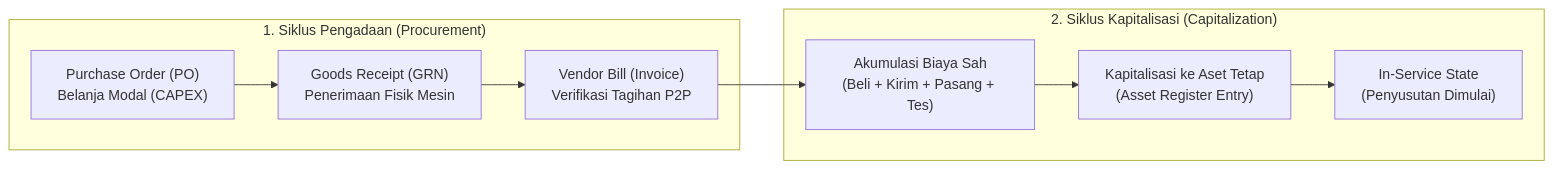
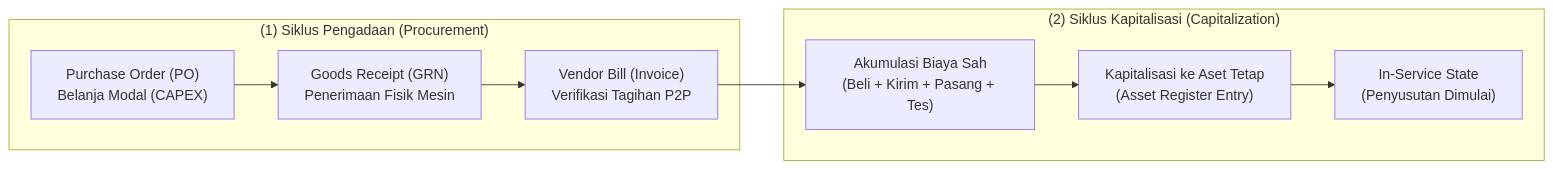
One commit to alimurrofid/erp-notes changed the first of 4 diagrams in content/08-assets/asset-acquisition-and-capitalization.md. Above: the diagram before and after it, drawn with Mermaid. The commit also changed other lines of this file and 132 other files, not shown here.

````diff
--- a/content/08-assets/asset-acquisition-and-capitalization.md
+++ b/content/08-assets/asset-acquisition-and-capitalization.md
@@ -12,12 +12,12 @@
 ```mermaid
 flowchart LR
-    subgraph Phase1["1. Siklus Pengadaan (Procurement)"]
+    subgraph Phase1["(1) Siklus Pengadaan (Procurement)"]
         PO["Purchase Order (PO)<br/>Belanja Modal (CAPEX)"] --> Rec["Goods Receipt (GRN)<br/>Penerimaan Fisik Mesin"]
         Rec --> Inv["Vendor Bill (Invoice)<br/>Verifikasi Tagihan P2P"]
     end
-    subgraph Phase2["2. Siklus Kapitalisasi (Capitalization)"]
+    subgraph Phase2["(2) Siklus Kapitalisasi (Capitalization)"]
         Cost["Akumulasi Biaya Sah<br/>(Beli + Kirim + Pasang + Tes)"] --> Cap["Kapitalisasi ke Aset Tetap<br/>(Asset Register Entry)"]
         Cap --> Serv["In-Service State<br/>(Penyusutan Dimulai)"]
     end
     Inv --> Cost
 ```
````
